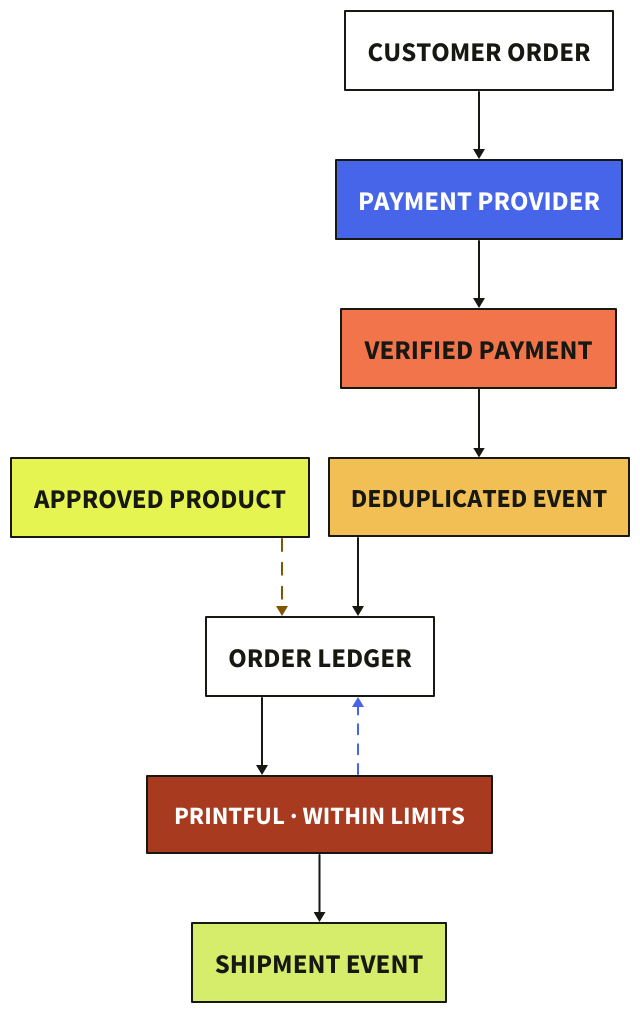
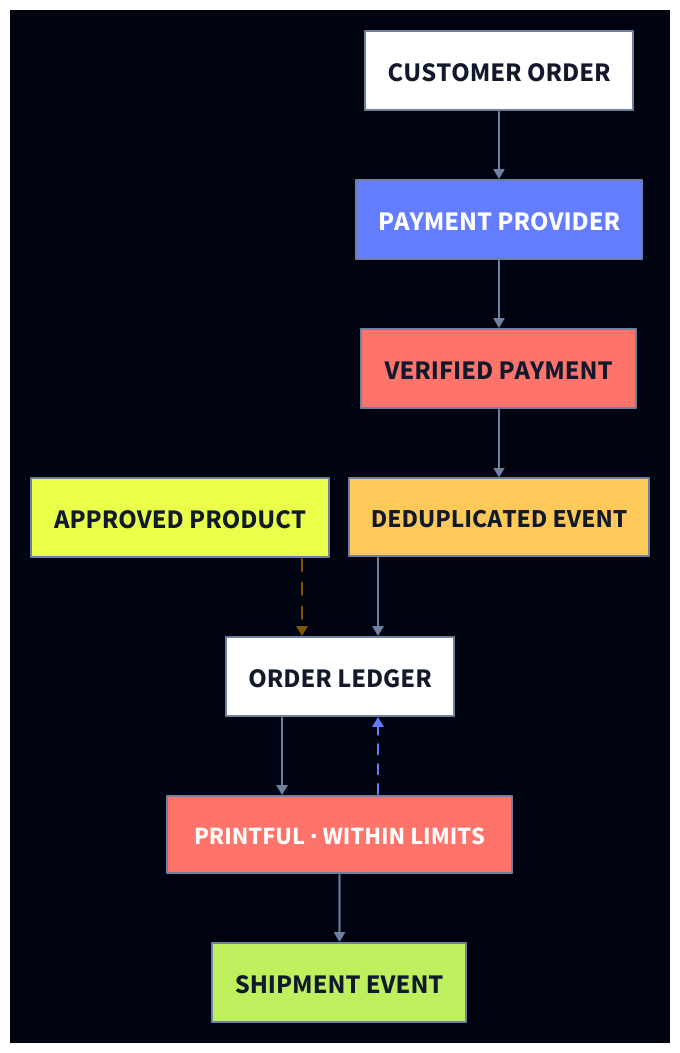
Before and after one commit to loftwah/woodhouse-new: the diagram in diagrams/payment-fulfilment-mobile.d2, drawn with D2. The commit also changed 105 other files, not shown here.

```diff
--- a/diagrams/payment-fulfilment-mobile.d2
+++ b/diagrams/payment-fulfilment-mobile.d2
@@ -1,15 +1,15 @@
 direction: down
-vars: {d2-config: {layout-engine: elk; theme-id: 0}}
+vars: {d2-config: {layout-engine: elk; theme-id: 201}}
 
-catalogue: "APPROVED PRODUCT" {style.fill: "#E6F451"; style.stroke: "#171812"; style.stroke-width: 2; style.font-color: "#171812"; style.font-size: 27; style.bold: true}
-customer: "CUSTOMER ORDER" {style.fill: "#FFFFFF"; style.stroke: "#171812"; style.stroke-width: 2; style.font-color: "#171812"; style.font-size: 27; style.bold: true}
-checkout: "PAYMENT PROVIDER" {style.fill: "#4665E8"; style.stroke: "#171812"; style.stroke-width: 2; style.font-color: "#FFFFFF"; style.font-size: 27; style.bold: true}
-event: "VERIFIED PAYMENT" {style.fill: "#F2744A"; style.stroke: "#171812"; style.stroke-width: 2; style.font-color: "#171812"; style.font-size: 27; style.bold: true}
-verify: "DEDUPLICATED EVENT" {style.fill: "#F1BF54"; style.stroke: "#171812"; style.stroke-width: 2; style.font-color: "#171812"; style.font-size: 26; style.bold: true}
-ledger: "ORDER LEDGER" {style.fill: "#FFFFFF"; style.stroke: "#171812"; style.stroke-width: 2; style.font-color: "#171812"; style.font-size: 27; style.bold: true}
-fulfilment: "PRINTFUL · WITHIN LIMITS" {style.fill: "#A83A20"; style.stroke: "#171812"; style.stroke-width: 2; style.font-color: "#FFFFFF"; style.font-size: 25; style.bold: true}
-shipment: "SHIPMENT EVENT" {style.fill: "#D6EC6B"; style.stroke: "#171812"; style.stroke-width: 2; style.font-color: "#171812"; style.font-size: 27; style.bold: true}
+catalogue: "APPROVED PRODUCT" {style.fill: "#E9FF49"; style.stroke: "#6E819F"; style.stroke-width: 2; style.font-color: "#111A2C"; style.font-size: 27; style.bold: true}
+customer: "CUSTOMER ORDER" {style.fill: "#FFFFFF"; style.stroke: "#6E819F"; style.stroke-width: 2; style.font-color: "#111A2C"; style.font-size: 27; style.bold: true}
+checkout: "PAYMENT PROVIDER" {style.fill: "#647DFF"; style.stroke: "#6E819F"; style.stroke-width: 2; style.font-color: "#FFFFFF"; style.font-size: 27; style.bold: true}
+event: "VERIFIED PAYMENT" {style.fill: "#FF746A"; style.stroke: "#6E819F"; style.stroke-width: 2; style.font-color: "#111A2C"; style.font-size: 27; style.bold: true}
+verify: "DEDUPLICATED EVENT" {style.fill: "#FFC95A"; style.stroke: "#6E819F"; style.stroke-width: 2; style.font-color: "#111A2C"; style.font-size: 26; style.bold: true}
+ledger: "ORDER LEDGER" {style.fill: "#FFFFFF"; style.stroke: "#6E819F"; style.stroke-width: 2; style.font-color: "#111A2C"; style.font-size: 27; style.bold: true}
+fulfilment: "PRINTFUL · WITHIN LIMITS" {style.fill: "#FF746A"; style.stroke: "#6E819F"; style.stroke-width: 2; style.font-color: "#FFFFFF"; style.font-size: 25; style.bold: true}
+shipment: "SHIPMENT EVENT" {style.fill: "#BEF05E"; style.stroke: "#6E819F"; style.stroke-width: 2; style.font-color: "#111A2C"; style.font-size: 27; style.bold: true}
 
 catalogue -> ledger {style.stroke: "#835500"; style.stroke-width: 2; style.stroke-dash: 6}
-customer -> checkout -> event -> verify -> ledger -> fulfilment -> shipment {style.stroke: "#171812"; style.stroke-width: 2}
-fulfilment -> ledger {style.stroke: "#4665E8"; style.stroke-width: 2; style.stroke-dash: 5}
+customer -> checkout -> event -> verify -> ledger -> fulfilment -> shipment {style.stroke: "#6E819F"; style.stroke-width: 2}
+fulfilment -> ledger {style.stroke: "#647DFF"; style.stroke-width: 2; style.stroke-dash: 5}
```
